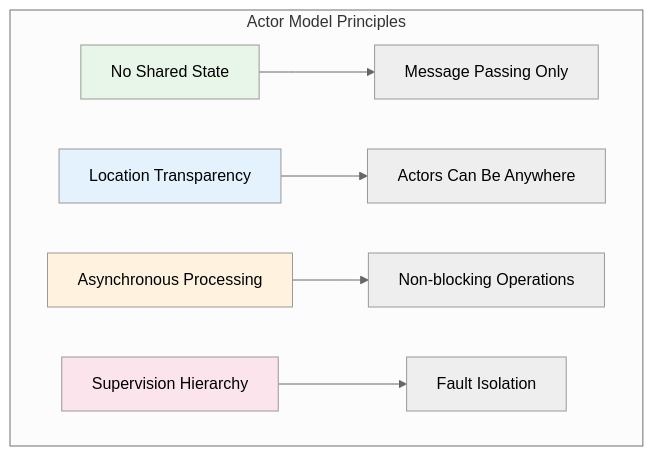
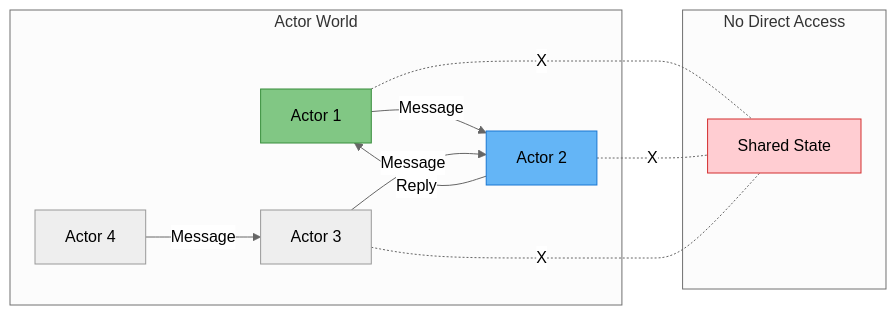
The first of 6 diagrams in docs/pattern-library/coordination/actor-model.md (deepaucksharma/DStudio), drawn with Mermaid (neutral theme) before and after one commit. The commit also changed other lines of this file and 11 other files, not shown here.

````diff
--- a/docs/pattern-library/coordination/actor-model.md
+++ b/docs/pattern-library/coordination/actor-model.md
@@ -55,14 +72,19 @@
 ```mermaid
-graph TB
-    subgraph "Actor Model Principles"
-        A1[No Shared State] --> B1[Message Passing Only]
-        A2[Location Transparency] --> B2[Actors Can Be Anywhere]
-        A3[Asynchronous Processing] --> B3[Non-blocking Operations]
-        A4[Supervision Hierarchy] --> B4[Fault Isolation]
+graph LR
+    subgraph "Actor World"
+        A1[Actor 1] -->|Message| A2[Actor 2]
+        A2 -->|Reply| A1
+        A3[Actor 3] -->|Message| A2
+        A4[Actor 4] -->|Message| A3
     end
     
-    style A1 fill:#e8f5e9
-    style A2 fill:#e3f2fd
-    style A3 fill:#fff3e0
-    style A4 fill:#fce4ec
+    subgraph "No Direct Access"
+        A1 -.X.- S1[Shared State]
+        A2 -.X.- S1
+        A3 -.X.- S1
+    end
+    
+    style A1 fill:#81c784,stroke:#388e3c
+    style A2 fill:#64b5f6,stroke:#1976d2
+    style S1 fill:#ffcdd2,stroke:#d32f2f
 ```
````
